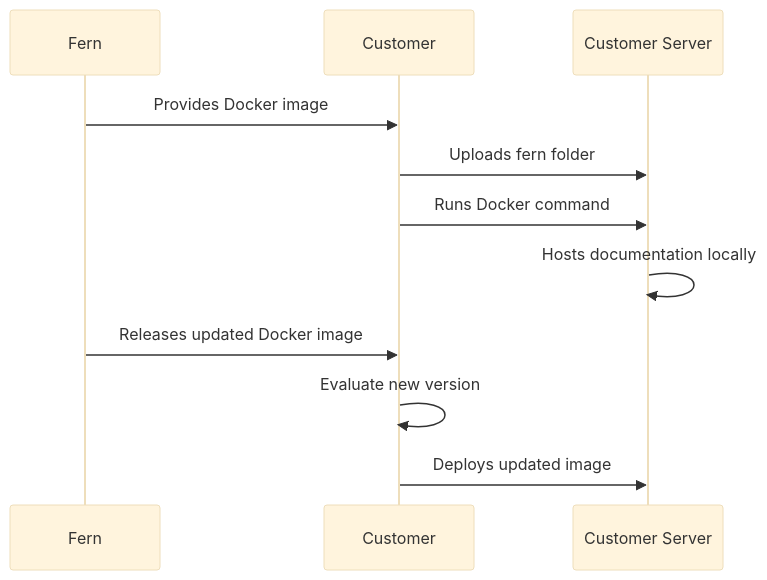
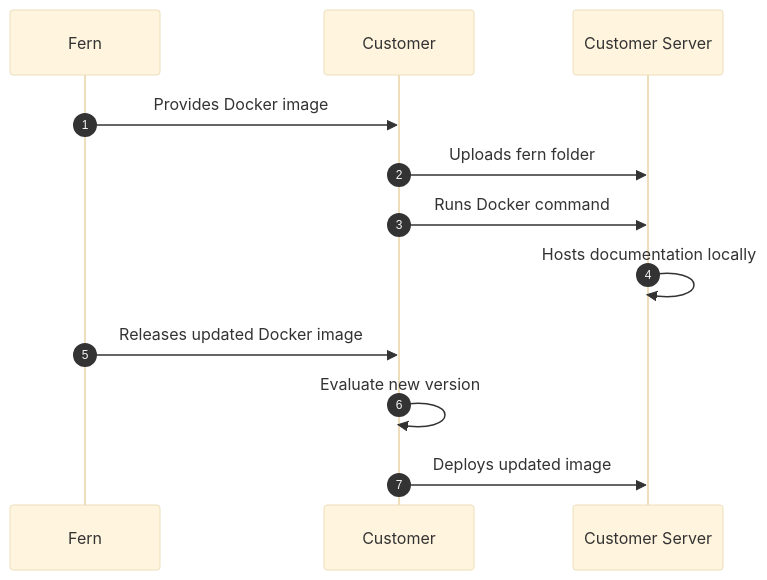
The diagram in fern/products/docs/pages/enterprise/self-hosted.mdx (fern-api/docs), drawn with Mermaid (base theme) before and after one commit. The commit also changed 2 other files, not shown here.

Commit message:
add numbering to diagrams, add note about diagrams to readme

````diff
--- a/fern/products/docs/pages/enterprise/self-hosted.mdx
+++ b/fern/products/docs/pages/enterprise/self-hosted.mdx
@@ -42,14 +42,15 @@
 ```mermaid
 sequenceDiagram
+    autonumber
     participant F as Fern
     participant C as Customer
     participant S as Customer Server
 
     F->>C: Provides Docker image
     C->>S: Uploads fern folder
     C->>S: Runs Docker command
     S->>S: Hosts documentation locally
     F->>C: Releases updated Docker image
     C->>C: Evaluate new version
     C->>S: Deploys updated image
 ```
````
